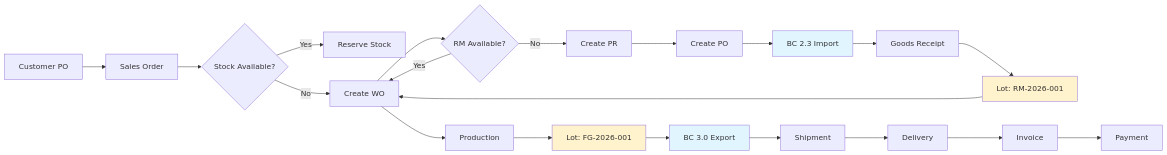
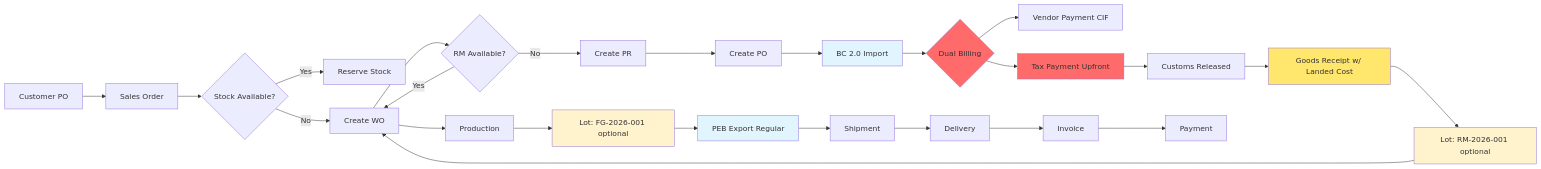
The second of 2 diagrams in docs/platform_overview.md (batalngantuk/jkj), drawn with Mermaid before and after one commit. The commit also changed other lines of this file and 5 other files, not shown here.

First line of the commit message:
docs: migrate documentation from BC 2.3 to BC 2.0 Regular Import System

````diff
--- a/docs/platform_overview.md
+++ b/docs/platform_overview.md
@@ -442,27 +523,34 @@
 ```mermaid
 graph LR
     A[Customer PO] --> B[Sales Order]
     B --> C{Stock Available?}
     C -->|Yes| D[Reserve Stock]
     C -->|No| E[Create WO]
     E --> F{RM Available?}
     F -->|No| G[Create PR]
     G --> H[Create PO]
-    H --> I[BC 2.3 Import]
-    I --> J[Goods Receipt]
-    J --> K[Lot: RM-2026-001]
-    K --> E
+    H --> I[BC 2.0 Import]
+    I --> J{Dual Billing}
+    J --> K1[Vendor Payment CIF]
+    J --> K2[Tax Payment Upfront]
+    K2 --> L[Customs Released]
+    L --> M[Goods Receipt w/ Landed Cost]
+    M --> N[Lot: RM-2026-001 optional]
+    N --> E
     F -->|Yes| E
-    E --> L[Production]
-    L --> M[Lot: FG-2026-001]
-    M --> N[BC 3.0 Export]
-    N --> O[Shipment]
-    O --> P[Delivery]
-    P --> Q[Invoice]
-    Q --> R[Payment]
+    E --> O[Production]
+    O --> P[Lot: FG-2026-001 optional]
+    P --> Q[PEB Export Regular]
+    Q --> R[Shipment]
+    R --> S[Delivery]
+    S --> T[Invoice]
+    T --> U[Payment]
 
     style I fill:#e1f5ff
-    style N fill:#e1f5ff
-    style K fill:#fff3cd
-    style M fill:#fff3cd
+    style J fill:#ff6b6b
+    style K2 fill:#ff6b6b
+    style M fill:#ffe66d
+    style Q fill:#e1f5ff
+    style N fill:#fff3cd
+    style P fill:#fff3cd
 ```
````
